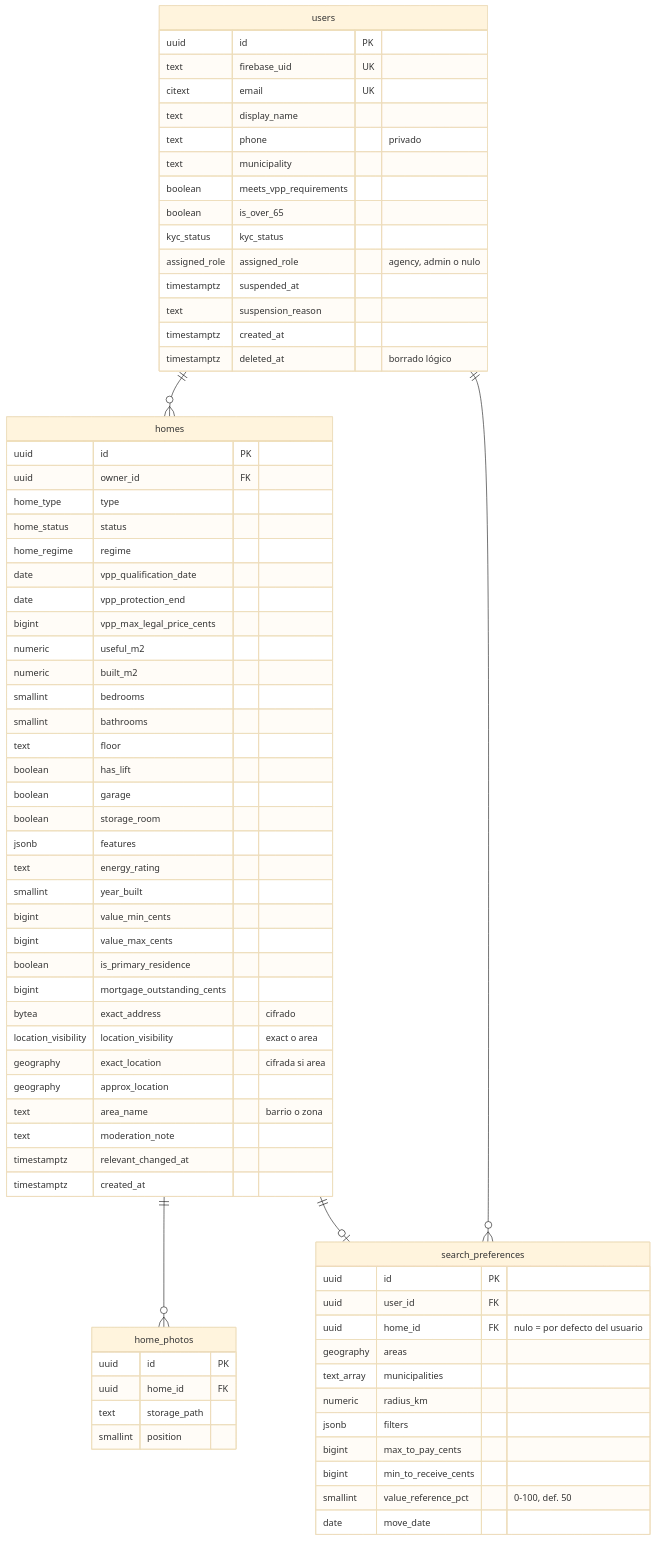
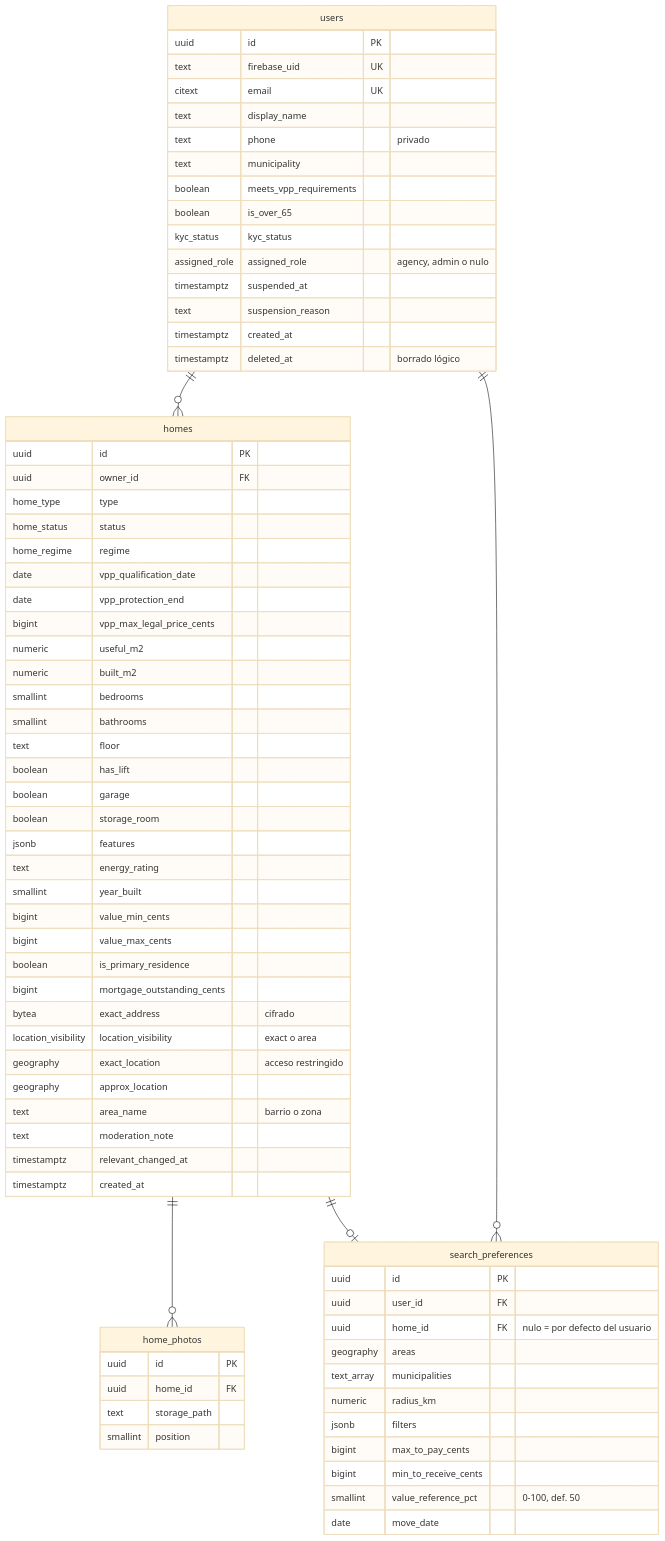
Before and after one commit to lcasadov/ChangeHouse: the second of 4 diagrams in docs/datamodel.md, drawn with Mermaid (base theme). The commit also changed other lines of this file and 56 other files, not shown here.

````diff
--- a/docs/datamodel.md
+++ b/docs/datamodel.md
@@ -44,75 +44,75 @@
 ```mermaid
 erDiagram
     users {
         uuid id PK
         text firebase_uid UK
         citext email UK
         text display_name
         text phone "privado"
         text municipality
         boolean meets_vpp_requirements
         boolean is_over_65
         kyc_status kyc_status
         assigned_role assigned_role "agency, admin o nulo"
         timestamptz suspended_at
         text suspension_reason
         timestamptz created_at
         timestamptz deleted_at "borrado lógico"
     }
     homes {
         uuid id PK
         uuid owner_id FK
         home_type type
         home_status status
         home_regime regime
         date vpp_qualification_date
         date vpp_protection_end
         bigint vpp_max_legal_price_cents
         numeric useful_m2
         numeric built_m2
         smallint bedrooms
         smallint bathrooms
         text floor
         boolean has_lift
         boolean garage
         boolean storage_room
         jsonb features
         text energy_rating
         smallint year_built
         bigint value_min_cents
         bigint value_max_cents
         boolean is_primary_residence
         bigint mortgage_outstanding_cents
         bytea exact_address "cifrado"
         location_visibility location_visibility "exact o area"
-        geography exact_location "cifrada si area"
+        geography exact_location "acceso restringido"
         geography approx_location
         text area_name "barrio o zona"
         text moderation_note
         timestamptz relevant_changed_at
         timestamptz created_at
     }
     home_photos {
         uuid id PK
         uuid home_id FK
         text storage_path
         smallint position
     }
     search_preferences {
         uuid id PK
         uuid user_id FK
         uuid home_id FK "nulo = por defecto del usuario"
         geography areas
         text_array municipalities
         numeric radius_km
         jsonb filters
         bigint max_to_pay_cents
         bigint min_to_receive_cents
         smallint value_reference_pct "0-100, def. 50"
         date move_date
     }
     users ||--o{ homes : ""
     homes ||--o{ home_photos : ""
     users ||--o{ search_preferences : ""
     homes ||--o| search_preferences : ""
 ```
````
